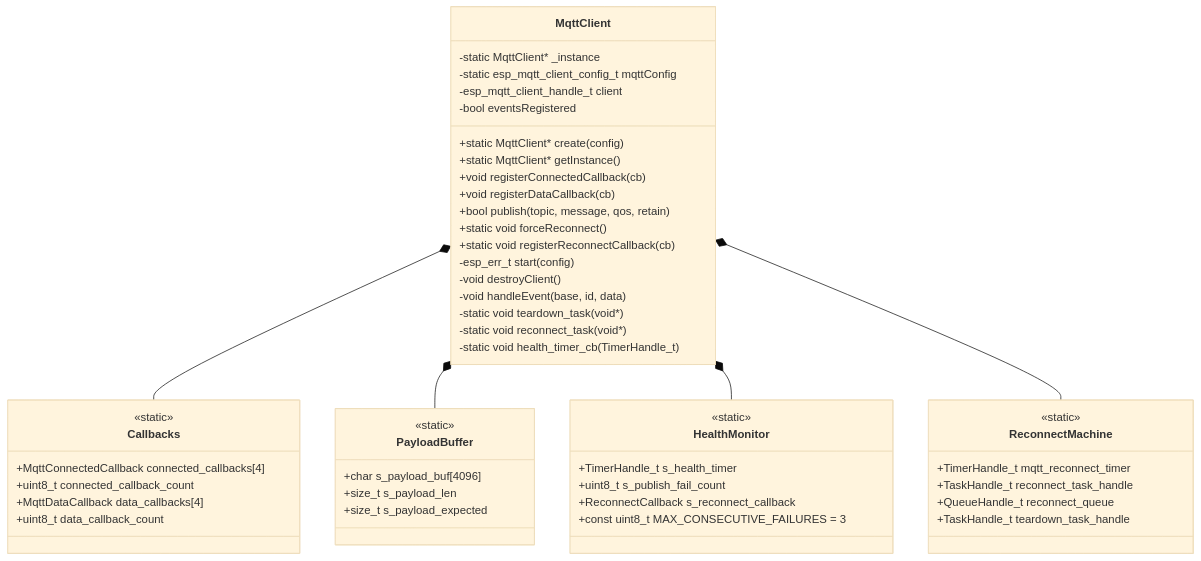
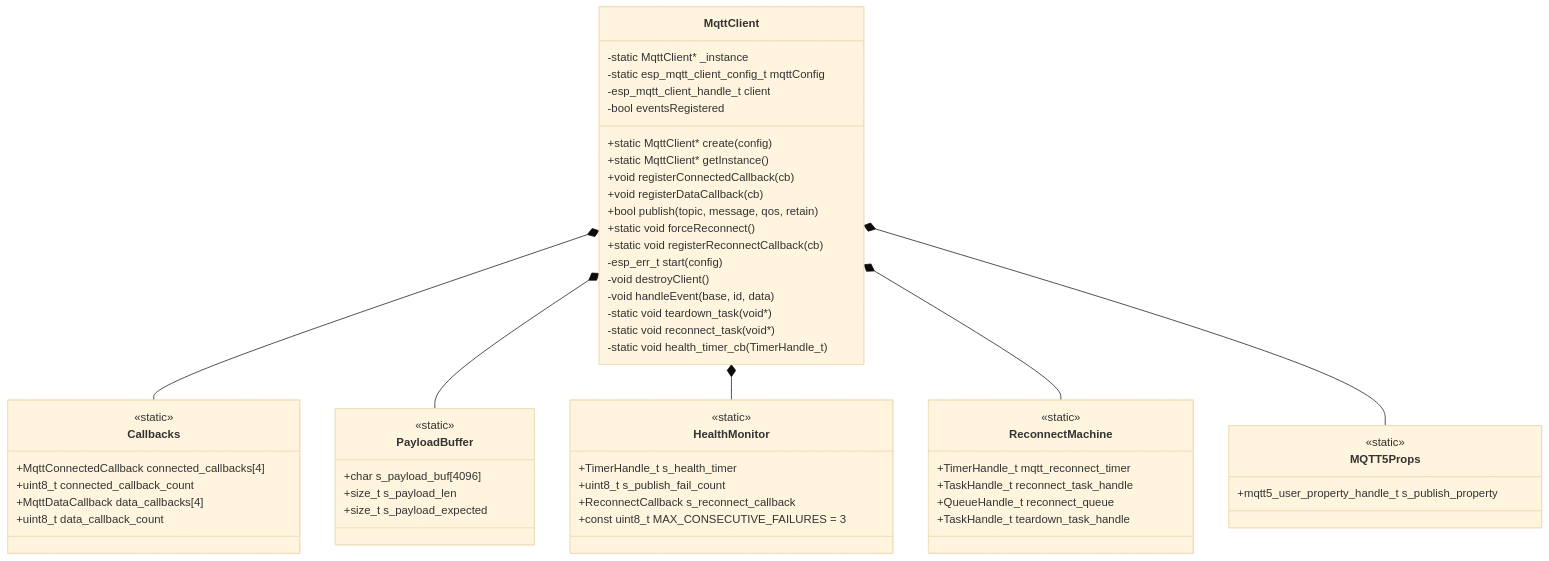
The diagram in ED_MQTT_README.md (edolis/ED_MQTT), drawn with Mermaid (base theme) before and after one commit. The commit also changed other lines of this file and 2 other files, not shown here.

Commit message:
added MQTT5 client‑id user property to meaasages for accurate server side tracking

````diff
--- a/ED_MQTT_README.md
+++ b/ED_MQTT_README.md
@@ -36,58 +56,64 @@
 ```mermaid
 classDiagram
     class MqttClient {
         -static MqttClient* _instance
         -static esp_mqtt_client_config_t mqttConfig
         -esp_mqtt_client_handle_t client
         -bool eventsRegistered
         +static MqttClient* create(config)
         +static MqttClient* getInstance()
         +void registerConnectedCallback(cb)
         +void registerDataCallback(cb)
         +bool publish(topic, message, qos, retain)
         +static void forceReconnect()
         +static void registerReconnectCallback(cb)
         -esp_err_t start(config)
         -void destroyClient()
         -void handleEvent(base, id, data)
         -static void teardown_task(void*)
         -static void reconnect_task(void*)
         -static void health_timer_cb(TimerHandle_t)
     }
 
     class Callbacks {
         <<static>>
         +MqttConnectedCallback connected_callbacks[4]
         +uint8_t connected_callback_count
         +MqttDataCallback data_callbacks[4]
         +uint8_t data_callback_count
     }
 
     class PayloadBuffer {
         <<static>>
         +char s_payload_buf[4096]
         +size_t s_payload_len
         +size_t s_payload_expected
     }
 
     class HealthMonitor {
         <<static>>
         +TimerHandle_t s_health_timer
         +uint8_t s_publish_fail_count
         +ReconnectCallback s_reconnect_callback
         +const uint8_t MAX_CONSECUTIVE_FAILURES = 3
     }
 
     class ReconnectMachine {
         <<static>>
         +TimerHandle_t mqtt_reconnect_timer
         +TaskHandle_t reconnect_task_handle
         +QueueHandle_t reconnect_queue
         +TaskHandle_t teardown_task_handle
     }
 
+    class MQTT5Props {
+        <<static>>
+        +mqtt5_user_property_handle_t s_publish_property
+    }
+
     MqttClient *-- Callbacks
     MqttClient *-- PayloadBuffer
     MqttClient *-- HealthMonitor
     MqttClient *-- ReconnectMachine
+    MqttClient *-- MQTT5Props
 ```
````
